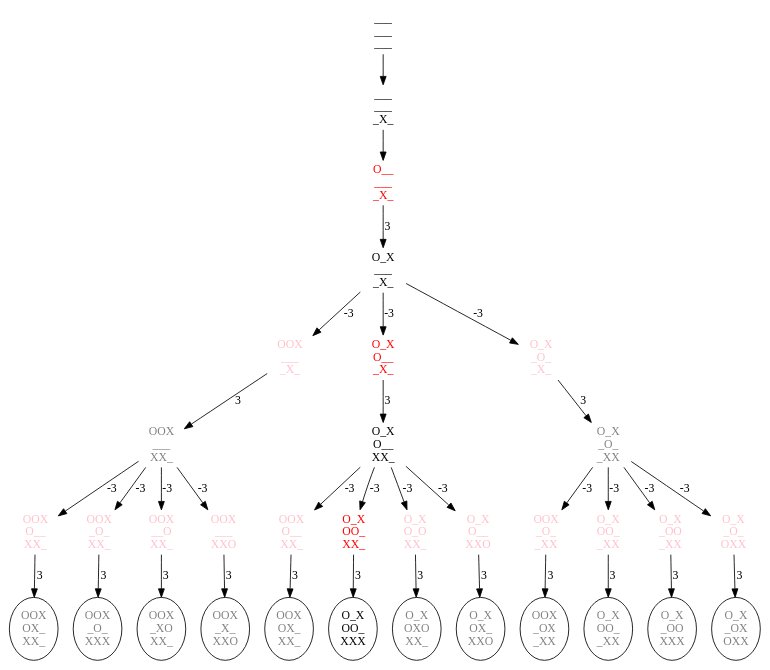
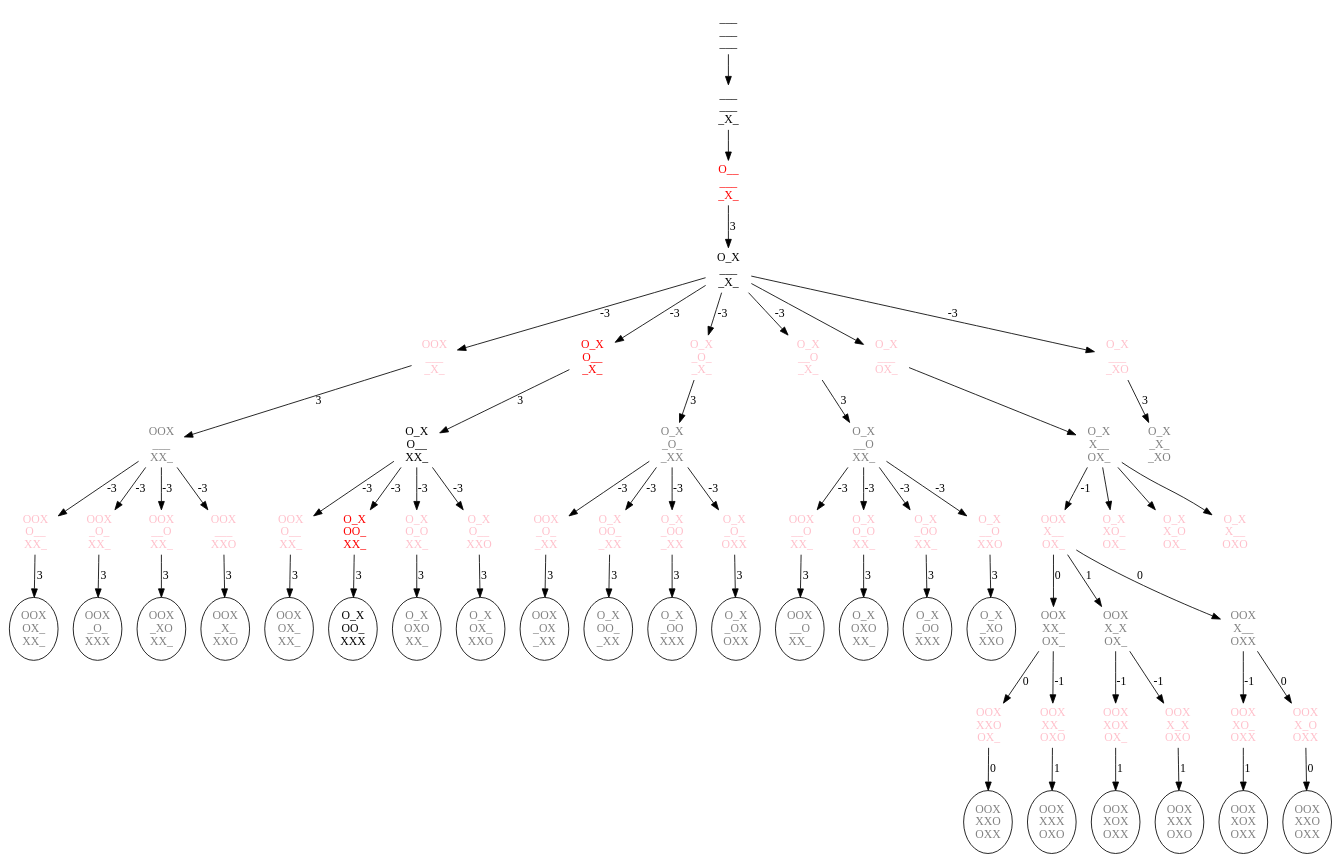
The diagram in monikas_game.dot (tybl/monorepo), drawn with Graphviz before and after one commit.

```diff
--- a/monikas_game.dot
+++ b/monikas_game.dot
@@ -1,115 +1,138 @@
 digraph G {
   Empty [fontname="mono" fontcolor="black" shape=none label="___\n___\n___"];
   M7 [fontname="mono" fontcolor="black" shape=none label="___\n___\n_X_"];
   Empty -> M7;
   A70 [fontname="mono" fontcolor="red" shape=none label="O__\n___\n_X_"];
   M7 -> A70;
   M702 [fontname="mono" fontcolor="black" shape=none label="O_X\n___\n_X_"];
   A70 -> M702 [label="3"];
   a7021 [fontname="mono" fontcolor="pink" shape=none label="OOX\n___\n_X_"];
   M702 -> a7021 [label="-3"];
   m70216 [fontname="mono" fontcolor="grey" shape=none label="OOX\n___\nXX_"];
   a7021 -> m70216 [label="3"];
   a702163 [fontname="mono" fontcolor="pink" shape=none label="OOX\nO__\nXX_"];
   m70216 -> a702163 [label="-3"];
   m7021634 [fontname="mono" fontcolor="grey" label="OOX\nOX_\nXX_"];
   a702163 -> m7021634 [label="3"];
   a702164 [fontname="mono" fontcolor="pink" shape=none label="OOX\n_O_\nXX_"];
   m70216 -> a702164 [label="-3"];
   m7021648 [fontname="mono" fontcolor="grey" label="OOX\n_O_\nXXX"];
   a702164 ->m7021648 [label="3"];
   a702165 [fontname="mono" fontcolor="pink" shape=none label="OOX\n__O\nXX_"];
   m70216 -> a702165 [label="-3"];
   m7021654 [fontname="mono" fontcolor="grey" label="OOX\n_XO\nXX_"];
   a702165 -> m7021654 [label="3"];
   a702168 [fontname="mono" fontcolor="pink" shape=none label="OOX\n___\nXXO"];
   m70216 -> a702168 [label="-3"];
   m7021684 [fontname="mono" fontcolor="grey" label="OOX\n_X_\nXXO"];
   a702168 -> m7021684 [label="3"];
 
   A7023 [fontname="mono" fontcolor="red" shape=none label="O_X\nO__\n_X_"];
   M702 -> A7023 [label="-3"];
   M70236 [fontname="mono" fontcolor="black" shape=none label="O_X\nO__\nXX_"];
   A7023 -> M70236 [label="3"];
   a702361 [fontname="mono" fontcolor="pink" shape=none label="OOX\nO__\nXX_"];
   M70236 -> a702361 [label="-3"];
   m7023614 [fontname="mono" fontcolor="grey" label="OOX\nOX_\nXX_"];
   a702361 -> m7023614 [label="3"];
   A702364 [fontname="mono" fontcolor="red" shape=none label="O_X\nOO_\nXX_"];
   M70236 -> A702364 [label="-3"];
   M7023648 [fontname="mono" fontcolor="black" label="O_X\nOO_\nXXX"];
   A702364 -> M7023648 [label="3"];
   a702365 [fontname="mono" fontcolor="pink" shape=none label="O_X\nO_O\nXX_"];
   M70236 -> a702365 [label="-3"];
   m7023654 [fontname="mono" fontcolor="grey" label="O_X\nOXO\nXX_"];
   a702365 -> m7023654 [label="3"];
   a702368 [fontname="mono" fontcolor="pink" shape=none label="O_X\nO__\nXXO"];
   M70236 -> a702368 [label="-3"];
   m7023684 [fontname="mono" fontcolor="grey" label="O_X\nOX_\nXXO"];
   a702368 -> m7023684 [label="3"];
 
   a7024 [fontname="mono" fontcolor="pink" shape=none label="O_X\n_O_\n_X_"];
   M702 -> a7024 [label="-3"];
-  //m70241 [fontname="mono" fontcolor="grey" shape=none label="OXX\n_O_\n_X_"];
-  //a7024 -> m70241 [label="-4"];
-  ////a702413 [fontname="mono" fontcolor="pink" shape=none label="OXX\nOO_\n_X_"];
-  ////m70241 -> a702413;
-  ////a702415 [fontname="mono" fontcolor="pink" shape=none label="OXX\n_OO\n_X_"];
-  ////m70241 -> a702415;
-  ////a702416 [fontname="mono" fontcolor="pink" shape=none label="OXX\n_O_\nOX_"];
-  ////m70241 -> a702416;
-  //a702418 [fontname="mono" fontcolor="pink" shape=none label="OXX\n_O_\n_XO"];
-  //m70241 -> a702418 [label="4"];
-  //m70243 [fontname="mono" fontcolor="grey" shape=none label="O_X\nXO_\n_X_"];
-  //a7024 -> m70243 [label="-4"];
-  ////a702431 [fontname="mono" fontcolor="pink" shape=none label="OOX\nXO_\n_X_"];
-  ////m70243 -> a702431;
-  ////a702435 [fontname="mono" fontcolor="pink" shape=none label="O_X\nXOO\n_X_"];
-  ////m70243 -> a702435;
-  ////a702436 [fontname="mono" fontcolor="pink" shape=none label="O_X\nXO_\nOX_"];
-  ////m70243 -> a702436;
-  //a702438 [fontname="mono" fontcolor="pink" shape=none label="O_X\nXO_\n_XO"];
-  //m70243 -> a702438 [label="4"];
-  //m70245 [fontname="mono" fontcolor="grey" shape=none label="O_X\n_OX\n_X_"];
-  //a7024 -> m70245 [label="-4"];
-  ////a702451 [fontname="mono" fontcolor="pink" shape=none label="OOX\n_OX\n_X_"];
-  ////m70245 -> a702451;
-  ////a702453 [fontname="mono" fontcolor="pink" shape=none label="O_X\nOOX\n_X_"];
-  ////m70245 -> a702453;
-  ////a702456 [fontname="mono" fontcolor="pink" shape=none label="O_X\n_OX\nOX_"];
-  ////m70245 -> a702456;
-  //a702458 [fontname="mono" fontcolor="pink" shape=none label="O_X\n_OX\n_XO"];
-  //m70245 -> a702458 [label="4"];
-  //m70246 [fontname="mono" fontcolor="grey" shape=none label="O_X\n_O_\nXX_"];
-  //a7024 -> m70246 [label="-4"];
-  ////a702461 [fontname="mono" fontcolor="pink" shape=none label="OOX\n_O_\nXX_"];
-  ////m70246 -> a702461;
-  ////a702463 [fontname="mono" fontcolor="pink" shape=none label="O_X\nOO_\nXX_"];
-  ////m70246 -> a702463;
-  ////a702465 [fontname="mono" fontcolor="pink" shape=none label="O_X\n_OO\nXX_"];
-  ////m70246 -> a702465;
-  //a702468 [fontname="mono" fontcolor="pink" shape=none label="O_X\n_O_\nXXO"];
-  //m70246 -> a702468 [label="4"];
   m70248 [fontname="mono" fontcolor="grey" shape=none label="O_X\n_O_\n_XX"];
   a7024 -> m70248 [label="3"];
   a702481 [fontname="mono" fontcolor="pink" shape=none label="OOX\n_O_\n_XX"];
   m70248 -> a702481 [label="-3"];
-  //m7024813 [fontname="mono" fontcolor="grey" shape=none label="OOX\nXO_\n_XX"];
-  //a702481 -> m7024813;
   m7024815 [fontname="mono" fontcolor="grey" label="OOX\n_OX\n_XX"];
   a702481 -> m7024815 [label="3"];
-  //m7024816 [fontname="mono" fontcolor="grey" shape=none label="OOX\n_O_\nXXX"];
-  //a702481 -> m7024816;
   a702483 [fontname="mono" fontcolor="pink" shape=none label="O_X\nOO_\n_XX"];
   m70248 -> a702483 [label="-3"];
   m7024835 [fontname="mono" fontcolor="grey" label="O_X\nOO_\n_XX"];
   a702483 -> m7024835 [label="3"];
   a702485 [fontname="mono" fontcolor="pink" shape=none label="O_X\n_OO\n_XX"];
   m70248 -> a702485 [label="-3"];
   m7024856 [fontname="mono" fontcolor="grey" label="O_X\n_OO\nXXX"];
   a702485 -> m7024856 [label="3"];
   a702486 [fontname="mono" fontcolor="pink" shape=none label="O_X\n_O_\nOXX"];
   m70248 -> a702486 [label="-3"];
   m7024865 [fontname="mono" fontcolor="grey" label="O_X\n_OX\nOXX"];
   a702486 -> m7024865 [label="3"];
+
+  a7025 [fontname="mono" fontcolor="pink" shape=none label="O_X\n__O\n_X_"];
+  M702 -> a7025 [label="-3"];
+  m70256 [fontname="mono" fontcolor="grey" shape=none label="O_X\n__O\nXX_"];
+  a7025 -> m70256 [label="3"];
+  a702561 [fontname="mono" fontcolor="pink" shape=none label="OOX\n__O\nXX_"];
+  m70256 -> a702561 [label="-3"];
+  m7025614 [fontname="mono" fontcolor="grey" label="OOX\n__O\nXX_"];
+  a702561 -> m7025614 [label="3"];
+  a702563 [fontname="mono" fontcolor="pink" shape=none label="O_X\nO_O\nXX_"];
+  m70256 -> a702563 [label="-3"];
+  m7025634 [fontname="mono" fontcolor="grey" label="O_X\nOXO\nXX_"];
+  a702563 -> m7025634 [label="3"];
+  a702564 [fontname="mono" fontcolor="pink" shape=none label="O_X\n_OO\nXX_"];
+  m70256 -> a702564 [label="-3"];
+  m7025648 [fontname="mono" fontcolor="grey" label="O_X\n_OO\nXXX"];
+  a702564 -> m7025648 [label="3"];
+  a702568 [fontname="mono" fontcolor="pink" shape=none label="O_X\n__O\nXXO"];
+  m70256 -> a702568 [label="-3"];
+  m7025684 [fontname="mono" fontcolor="grey" label="O_X\n_XO\nXXO"];
+  a702568 -> m7025684 [label="3"];
+  a7026 [fontname="mono" fontcolor="pink" shape=none label="O_X\n___\nOX_"];
+  M702 -> a7026;
+  m70263 [fontname="mono" fontcolor="grey" shape=none label="O_X\nX__\nOX_"];
+  a7026 -> m70263;
+  a702631 [fontname="mono" fontcolor="pink" shape=none label="OOX\nX__\nOX_"];
+  m70263 -> a702631 [label="-1"];
+  m7026314 [fontname="mono" fontcolor="grey" shape=none label="OOX\nXX_\nOX_"];
+  a702631 -> m7026314 [label="0"];
+  a70263145 [fontname="mono" fontcolor="pink" shape=none label="OOX\nXXO\nOX_"];
+  m7026314 -> a70263145 [label="0"];
+  m702631458 [fontname="mono" fontcolor="grey" label="OOX\nXXO\nOXX"];
+  a70263145 -> m702631458 [label="0"];
+  a70263148 [fontname="mono" fontcolor="pink" shape=none label="OOX\nXX_\nOXO"];
+  m7026314 -> a70263148 [label="-1"];
+  m702631485 [fontname="mono" fontcolor="grey" label="OOX\nXXX\nOXO"];
+  a70263148 -> m702631485 [label="1"];
+  m7026315 [fontname="mono" fontcolor="grey" shape=none label="OOX\nX_X\nOX_"];
+  a702631 -> m7026315 [label="1"];
+  a70263154 [fontname="mono" fontcolor="pink" shape=none label="OOX\nXOX\nOX_"];
+  m7026315 -> a70263154 [label="-1"];
+  m702631548 [fontname="mono" fontcolor="grey" label="OOX\nXOX\nOXX"];
+  a70263154 -> m702631548 [label="1"];
+  a70263158 [fontname="mono" fontcolor="pink" shape=none label="OOX\nX_X\nOXO"];
+  m7026315 -> a70263158 [label="-1"];
+  m702631584 [fontname="mono" fontcolor="grey" label="OOX\nXXX\nOXO"];
+  a70263158 -> m702631584 [label="1"];
+  m7026318 [fontname="mono" fontcolor="grey" shape=none label="OOX\nX__\nOXX"];
+  a702631 -> m7026318 [label="0"];
+  a70263184 [fontname="mono" fontcolor="pink" shape=none label="OOX\nXO_\nOXX"];
+  m7026318 -> a70263184 [label="-1"];
+  m702631845 [fontname="mono" fontcolor="grey" label="OOX\nXOX\nOXX"];
+  a70263184 -> m702631845 [label="1"];
+  a70263185 [fontname="mono" fontcolor="pink" shape=none label="OOX\nX_O\nOXX"];
+  m7026318 -> a70263185 [label="0"];
+  m702631854 [fontname="mono" fontcolor="grey" label="OOX\nXXO\nOXX"];
+  a70263185 -> m702631854 [label="0"];
+  a702634 [fontname="mono" fontcolor="pink" shape=none label="O_X\nXO_\nOX_"];
+  m70263 -> a702634;
+  a702635 [fontname="mono" fontcolor="pink" shape=none label="O_X\nX_O\nOX_"];
+  m70263 -> a702635;
+  a702638 [fontname="mono" fontcolor="pink" shape=none label="O_X\nX__\nOXO"];
+  m70263 -> a702638;
+  a7028 [fontname="mono" fontcolor="pink" shape=none label="O_X\n___\n_XO"];
+  M702 -> a7028 [label="-3"];
+  m70284 [fontname="mono" fontcolor="grey" shape=none label="O_X\n_X_\n_XO"];
+  a7028 -> m70284 [label="3"];
 }
```
